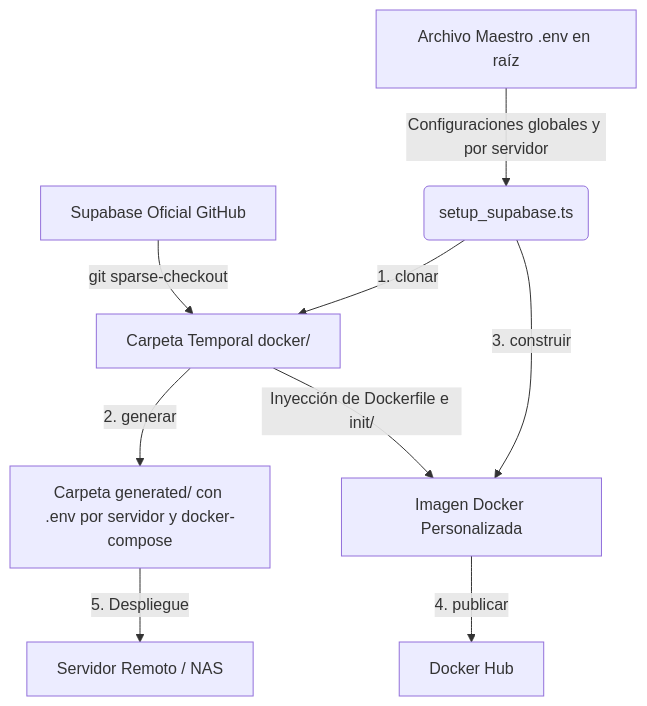
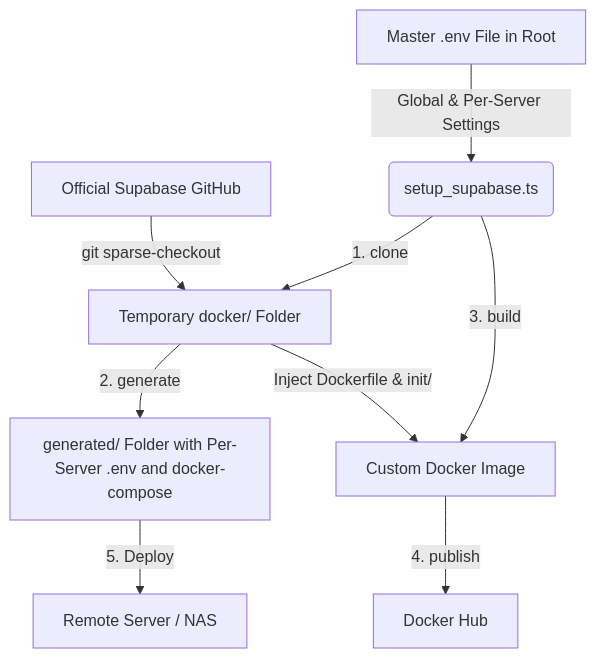
One commit to Darkham77/PokeBorrador changed the diagram in supabase/README.md. Above: the diagram before and after it, drawn with Mermaid. The commit also changed other lines of this file and 562 other files, not shown here.

````diff
--- a/supabase/README.md
+++ b/supabase/README.md
@@ -35,11 +35,11 @@
 ```mermaid
 graph TD
-    A[Archivo Maestro .env en raíz] -->|Configuraciones globales y por servidor| B(setup_supabase.ts)
-    C[Supabase Oficial GitHub] -->|git sparse-checkout| D[Carpeta Temporal docker/]
-    B -->|1. clonar| D
-    D -->|2. generar| E[Carpeta generated/ con .env por servidor y docker-compose]
-    D -->|Inyección de Dockerfile e init/| F[Imagen Docker Personalizada]
-    B -->|3. construir| F
-    F -->|4. publicar| G[Docker Hub]
-    E -->|5. Despliegue| H[Servidor Remoto / NAS]
+    A[Master .env File in Root] -->|Global & Per-Server Settings| B(setup_supabase.ts)
+    C[Official Supabase GitHub] -->|git sparse-checkout| D[Temporary docker/ Folder]
+    B -->|1. clone| D
+    D -->|2. generate| E[generated/ Folder with Per-Server .env and docker-compose]
+    D -->|Inject Dockerfile & init/| F[Custom Docker Image]
+    B -->|3. build| F
+    F -->|4. publish| G[Docker Hub]
+    E -->|5. Deploy| H[Remote Server / NAS]
 ```
````
